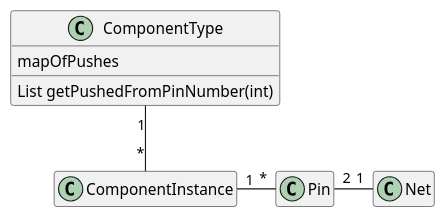
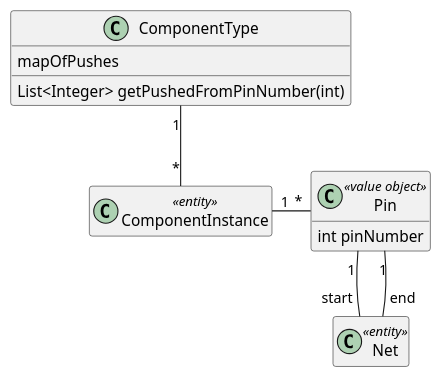
One commit to macdao/DDD-original-case changed the diagram in pcb/model.puml. Above: the diagram before and after it, drawn with PlantUML. The commit also changed 9 other files, not shown here.

Commit message:
refactor: add ComponentInstance.Id

```diff
--- a/pcb/model.puml
+++ b/pcb/model.puml
@@ -1,22 +1,24 @@
 @startuml
 ' !pragma layout elk
 hide empty members
 class ComponentType {
     mapOfPushes
-    List getPushedFromPinNumber(int)
+    List<Integer> getPushedFromPinNumber(int)
 }
 
-class ComponentInstance {
-
+class ComponentInstance <<entity>> {
 }
 
 ComponentType "1" -- "*" ComponentInstance
 
-class Pin
+class Pin <<value object>> {
+    int pinNumber
+}
 
 ComponentInstance "1" - "*" Pin
 
-class Net
+class Net <<entity>>
 
-Pin "2" - "1" Net
+Pin "1" -- "start" Net
+Pin "1" -- "end" Net
 @enduml
```
